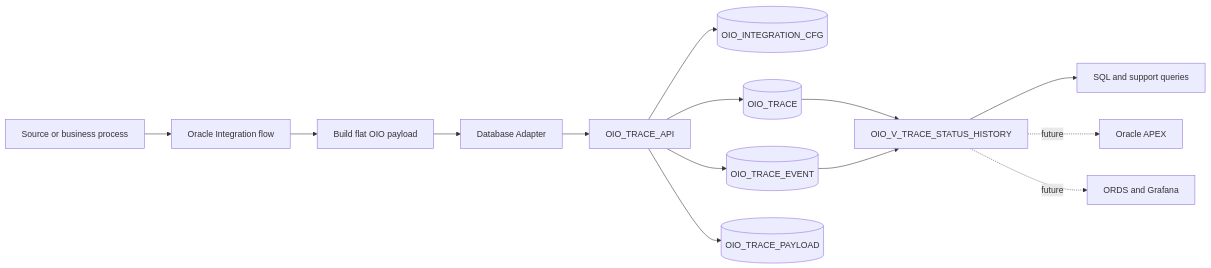
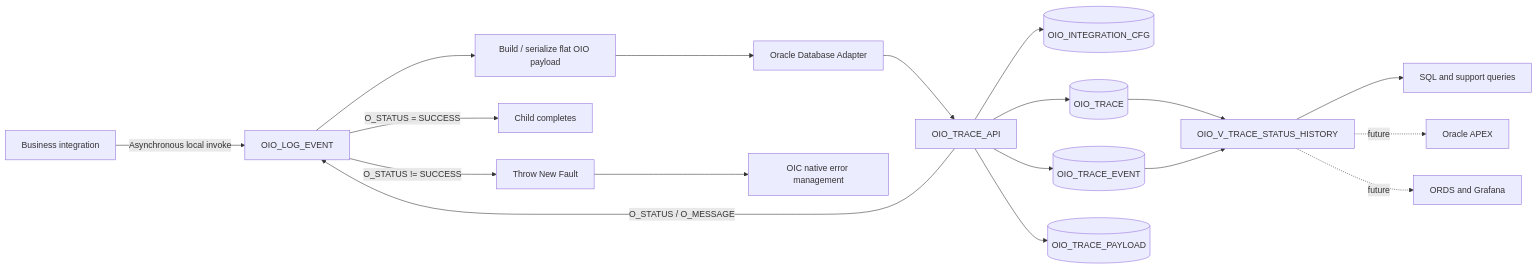
One commit to lucianosilva/oracle-integration-observability changed the first of 4 diagrams in docs/architecture.md. Above: the diagram before and after it, drawn with Mermaid. The commit also changed other lines of this file and 3 other files, not shown here.

Commit message:
docs: align architecture and logging contract with OIC implementation

````diff
--- a/docs/architecture.md
+++ b/docs/architecture.md
@@ -74,16 +83,23 @@
 ```mermaid
 flowchart LR
-    A[Source or business process] --> B[Oracle Integration flow]
-    B --> C[Build flat OIO payload]
-    C --> D[Database Adapter]
+    A[Business integration] -->|Asynchronous local invoke| B[OIO_LOG_EVENT]
+    B --> C[Build / serialize flat OIO payload]
+    C --> D[Oracle Database Adapter]
     D --> E[OIO_TRACE_API]
+
     E --> F[(OIO_INTEGRATION_CFG)]
     E --> G[(OIO_TRACE)]
     E --> H[(OIO_TRACE_EVENT)]
     E --> I[(OIO_TRACE_PAYLOAD)]
-    G --> J[OIO_V_TRACE_STATUS_HISTORY]
-    H --> J
-    J --> K[SQL and support queries]
-    J -. future .-> L[Oracle APEX]
-    J -. future .-> M[ORDS and Grafana]
+
+    E -->|O_STATUS / O_MESSAGE| B
+    B -->|O_STATUS = SUCCESS| J[Child completes]
+    B -->|O_STATUS != SUCCESS| K[Throw New Fault]
+    K --> L[OIC native error management]
+
+    G --> M[OIO_V_TRACE_STATUS_HISTORY]
+    H --> M
+    M --> N[SQL and support queries]
+    M -. future .-> O[Oracle APEX]
+    M -. future .-> P[ORDS and Grafana]
 ```
````
